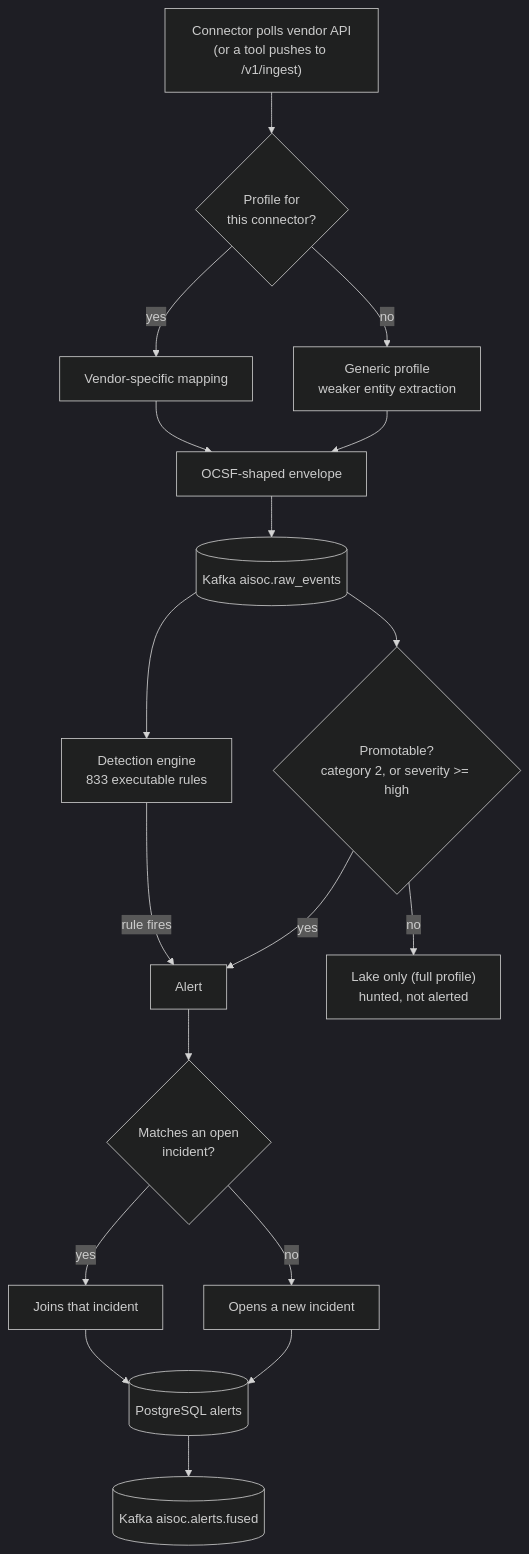
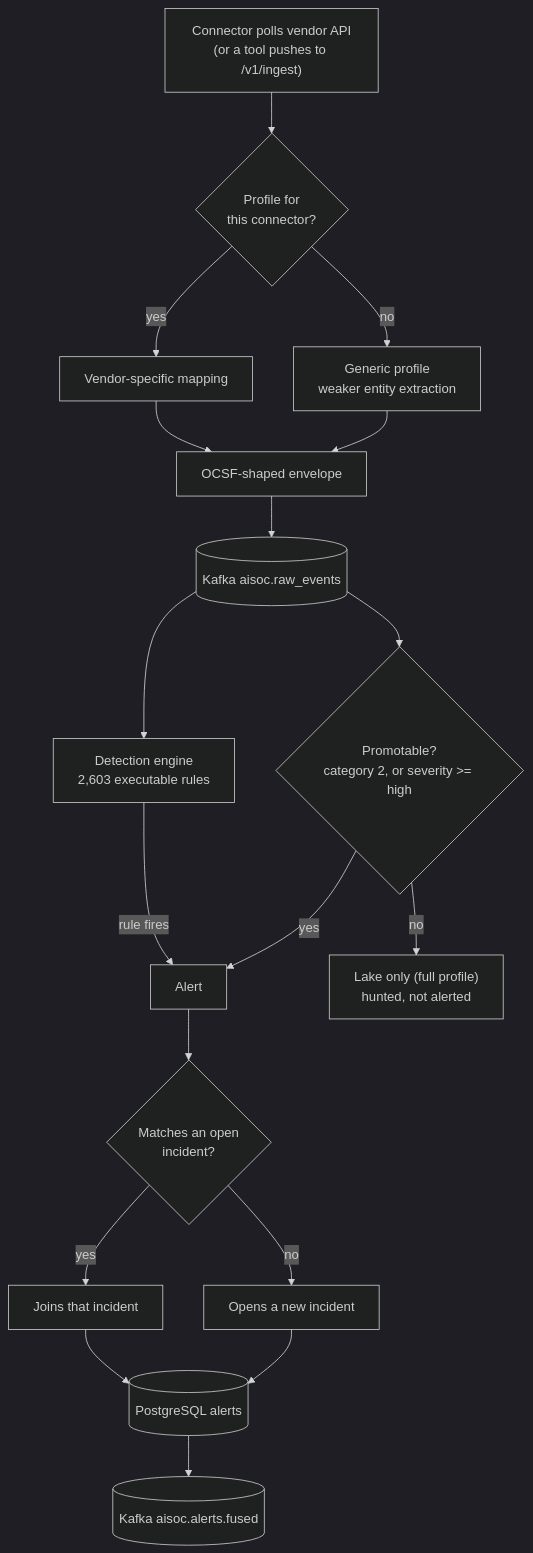
Before and after one commit to beenuar/AiSOC: the fifth of 5 diagrams in docs/architecture/README.md, drawn with Mermaid (dark theme). The commit also changed other lines of this file and 42 other files, not shown here.

First line of the commit message:
chore(release): v11.2.0 — 2,603 executable rules, and the documentation to match (#899)

````diff
--- a/docs/architecture/README.md
+++ b/docs/architecture/README.md
@@ -234,20 +236,20 @@
 ```mermaid
 flowchart TD
     A["Connector polls vendor API<br/>(or a tool pushes to /v1/ingest)"] --> B{"Profile for<br/>this connector?"}
     B -->|yes| C["Vendor-specific mapping"]
     B -->|no| D["Generic profile<br/>weaker entity extraction"]
     C --> E["OCSF-shaped envelope"]
     D --> E
     E --> F[("Kafka aisoc.raw_events")]
-    F --> G["Detection engine<br/>833 executable rules"]
+    F --> G["Detection engine<br/>2,603 executable rules"]
     F --> H{"Promotable?<br/>category 2, or severity >= high"}
     G -->|rule fires| I["Alert"]
     H -->|yes| I
     H -->|no| J["Lake only (full profile)<br/>hunted, not alerted"]
     I --> K{"Matches an open<br/>incident?"}
     K -->|yes| L["Joins that incident"]
     K -->|no| M["Opens a new incident"]
     L --> N[("PostgreSQL alerts")]
     M --> N
     N --> O[("Kafka aisoc.alerts.fused")]
 ```
````
